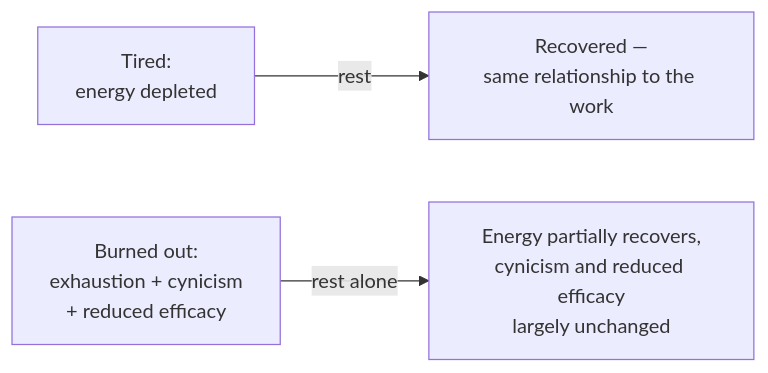
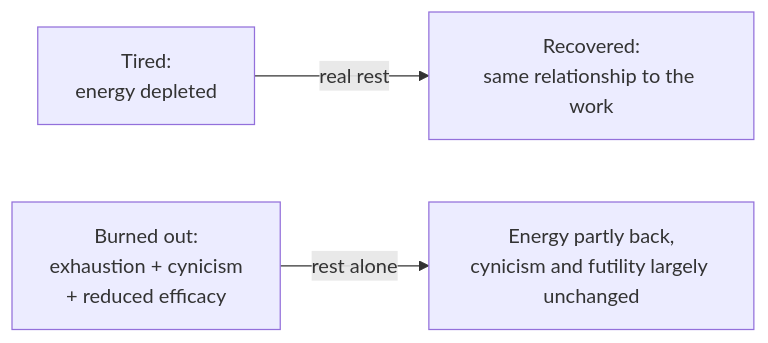
One commit to francoandreDev/knowledge changed the first of 2 diagrams in src/content/sustainable-performance/early-warning-signs/L2-concept.mdx. Above: the diagram before and after it, drawn with Mermaid. The commit also changed other lines of this file and 17 other files, not shown here.

````diff
--- a/src/content/sustainable-performance/early-warning-signs/L2-concept.mdx
+++ b/src/content/sustainable-performance/early-warning-signs/L2-concept.mdx
@@ -20,5 +44,5 @@
 ```mermaid
 flowchart LR
-    Tired["Tired:\nenergy depleted"] -- "rest" --> Recovered["Recovered —\nsame relationship to the work"]
-    Burnout["Burned out:\nexhaustion + cynicism\n+ reduced efficacy"] -- "rest alone" --> StillStuck["Energy partially recovers,\ncynicism and reduced efficacy\nlargely unchanged"]
+    T["Tired:\nenergy depleted"] -- "real rest" --> R["Recovered:\nsame relationship to the work"]
+    B["Burned out:\nexhaustion + cynicism\n+ reduced efficacy"] -- "rest alone" --> S["Energy partly back,\ncynicism and futility largely unchanged"]
 ```
````
